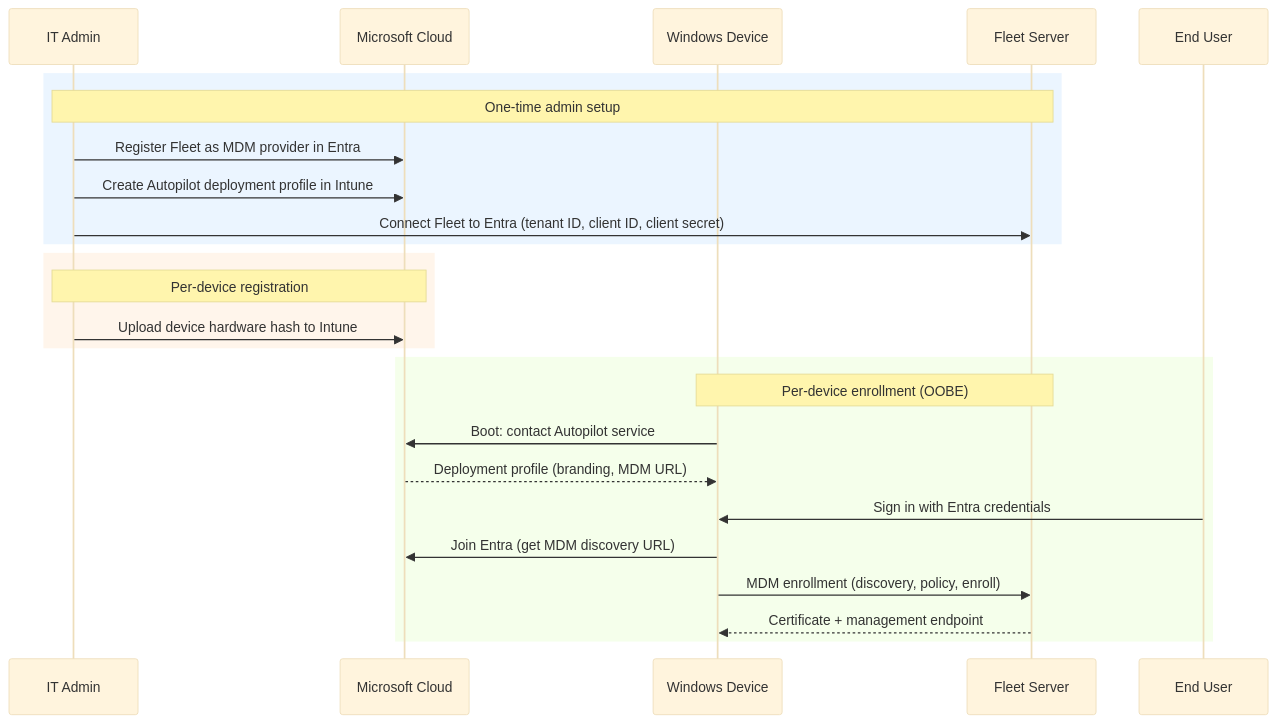
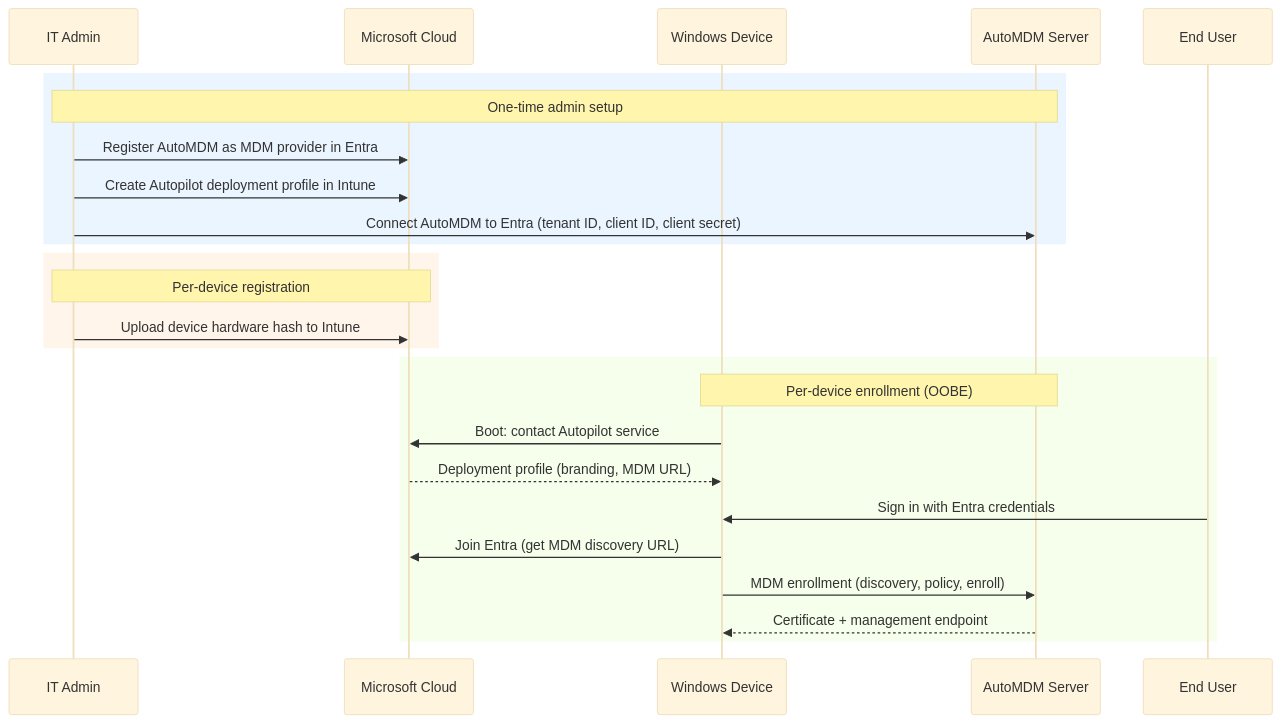
Before and after one commit to anilyagiz/AutoMDM: the second of 4 diagrams in docs/Contributing/mdm/windows/windows-autopilot-how-it-works.md, drawn with Mermaid (base theme). The commit also changed other lines of this file and 7979 other files, not shown here.

First line of the commit message:
Rebrand Fleet as AutoMDM (mechanical pass)

````diff
--- a/docs/Contributing/mdm/windows/windows-autopilot-how-it-works.md
+++ b/docs/Contributing/mdm/windows/windows-autopilot-how-it-works.md
@@ -29,30 +29,30 @@
 ```mermaid
 sequenceDiagram
     participant Admin as IT Admin
     participant MS as Microsoft Cloud
     participant Win as Windows Device
-    participant Fleet as Fleet Server
+    participant AutoMDM as AutoMDM Server
     participant User as End User
 
     rect rgb(235, 245, 255)
-        note over Admin, Fleet: One-time admin setup
-        Admin->>MS: Register Fleet as MDM provider in Entra
+        note over Admin, AutoMDM: One-time admin setup
+        Admin->>MS: Register AutoMDM as MDM provider in Entra
         Admin->>MS: Create Autopilot deployment profile in Intune
-        Admin->>Fleet: Connect Fleet to Entra (tenant ID, client ID, client secret)
+        Admin->>AutoMDM: Connect AutoMDM to Entra (tenant ID, client ID, client secret)
     end
 
     rect rgb(255, 245, 235)
         note over Admin, MS: Per-device registration
         Admin->>MS: Upload device hardware hash to Intune
     end
 
     rect rgb(245, 255, 235)
-        note over Win, Fleet: Per-device enrollment (OOBE)
+        note over Win, AutoMDM: Per-device enrollment (OOBE)
         Win->>MS: Boot: contact Autopilot service
         MS-->>Win: Deployment profile (branding, MDM URL)
         User->>Win: Sign in with Entra credentials
         Win->>MS: Join Entra (get MDM discovery URL)
-        Win->>Fleet: MDM enrollment (discovery, policy, enroll)
-        Fleet-->>Win: Certificate + management endpoint
+        Win->>AutoMDM: MDM enrollment (discovery, policy, enroll)
+        AutoMDM-->>Win: Certificate + management endpoint
     end
 ```
````
